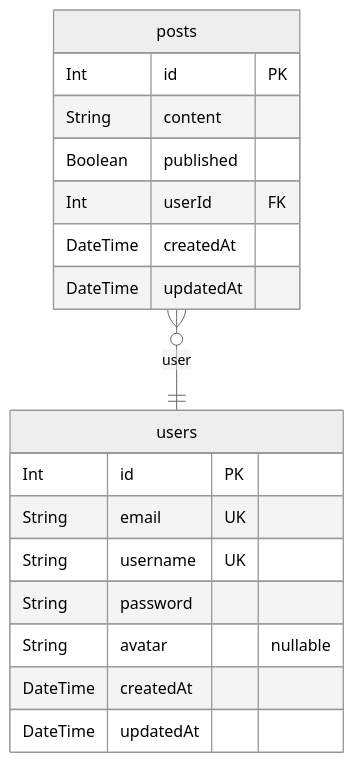
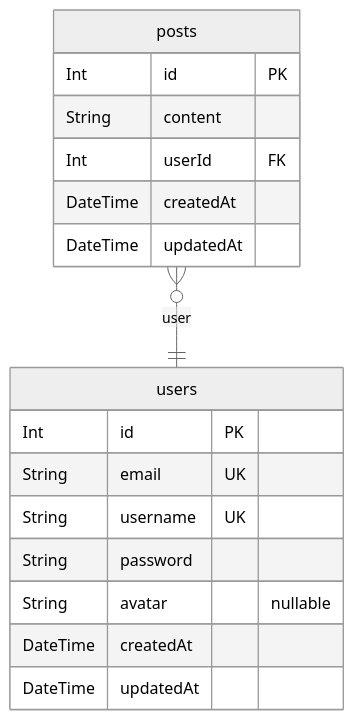
One commit to Phastboy/nest-auth changed the diagram in prisma/ERD.md. Above: the diagram before and after it, drawn with Mermaid (neutral theme). The commit also changed other lines of this file and 33 other files, not shown here.

````diff
--- a/prisma/ERD.md
+++ b/prisma/ERD.md
@@ -7,21 +7,20 @@
 ```mermaid
 erDiagram
 "users" {
   Int id PK
   String email UK
   String username UK
   String password
   String avatar "nullable"
   DateTime createdAt
   DateTime updatedAt
 }
 "posts" {
   Int id PK
   String content
-  Boolean published
   Int userId FK
   DateTime createdAt
   DateTime updatedAt
 }
 "posts" }o--|| "users" : user
 ```
````
